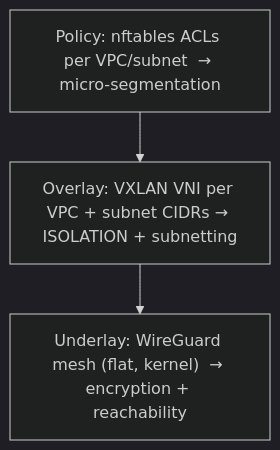
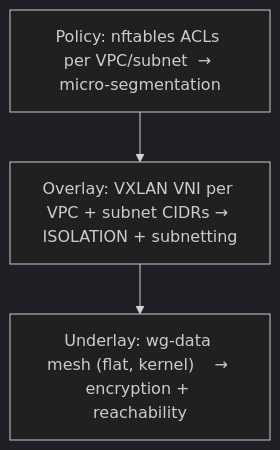
Before and after one commit to elyerinfox/open-compute-fabric-rs: the sixth of 6 diagrams in docs/subsystems/ocf-network.md, drawn with Mermaid (dark theme). The commit also changed other lines of this file and 8 other files, not shown here.

````diff
--- a/docs/subsystems/ocf-network.md
+++ b/docs/subsystems/ocf-network.md
@@ -506,7 +515,7 @@
 ```mermaid
 flowchart TB
     pol["Policy: nftables ACLs per VPC/subnet  → micro-segmentation"]
     ovl["Overlay: VXLAN VNI per VPC + subnet CIDRs → ISOLATION + subnetting"]
-    und["Underlay: WireGuard mesh (flat, kernel)  → encryption + reachability"]
+    und["Underlay: wg-data mesh (flat, kernel)    → encryption + reachability"]
     pol --> ovl --> und
 ```
````
